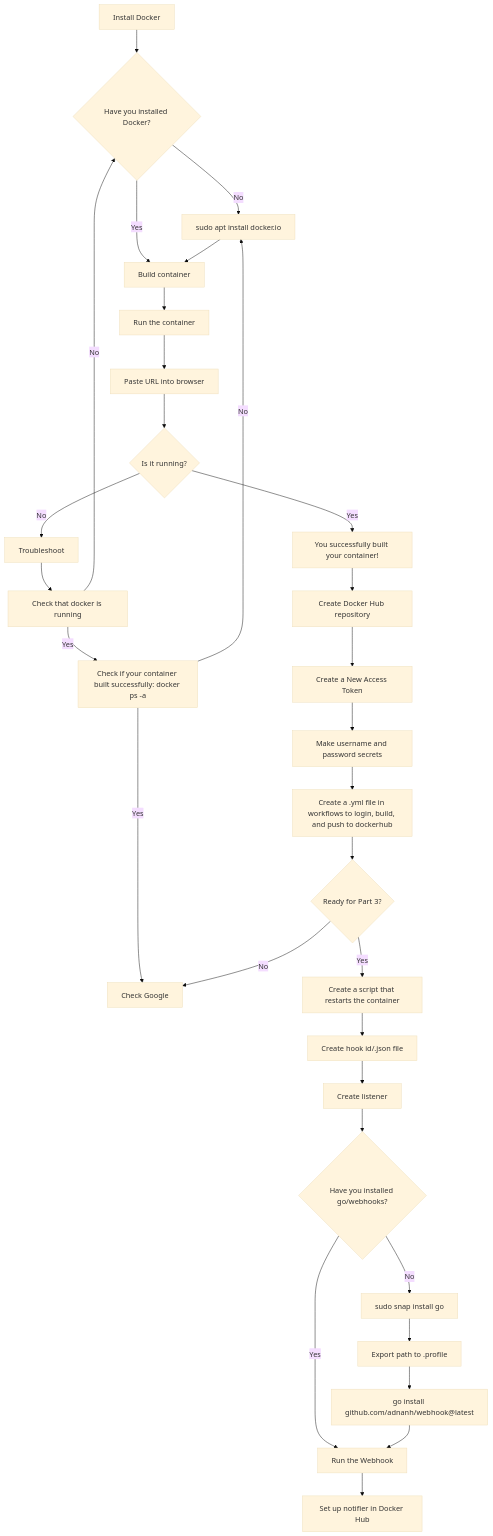
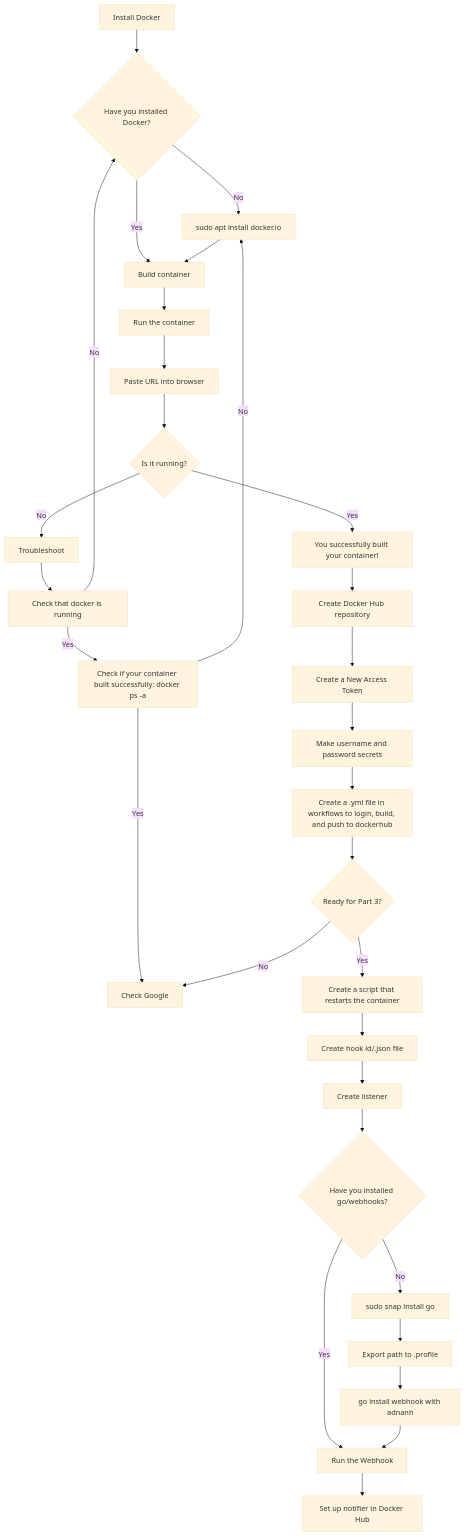
The diagram in Projects/Project5/README.md (bargaisabelle/ceg3120-bargaisabelle), drawn with Mermaid (base theme) before and after one commit.

Commit message:
mermaid hates @ symbols

````diff
--- a/Projects/Project5/README.md
+++ b/Projects/Project5/README.md
@@ -129,33 +129,33 @@
 ```mermaid
   graph TD;
       A[Install Docker] --> B{Have you installed Docker?};
       B -- No --> C[sudo apt install docker.io];
       B -- Yes --> D[Build container];
       C --> D[Build container];
       D --> E[Run the container];
       E --> F[Paste URL into browser];
       F --> G{Is it running?};
       G -- No -->H[Troubleshoot];
       G -- Yes -->L[You successfully built your container!]
       H --> I[Check that docker is running];
       I -- Yes --> J[Check if your container built successfully: docker ps -a]
       I -- No --> B;
       J -- Yes --> K[Check Google];
       J -- No --> C;
       L --> M[Create Docker Hub repository];
       M --> N[Create a New Access Token];
       N --> O[Make username and password secrets];
       O --> P[Create a .yml file in workflows to login, build, and push to dockerhub];
       P --> Q{Ready for Part 3?};
       Q -- No --> K;
       Q -- Yes --> R[Create a script that restarts the container];
       R --> S[Create hook id/.json file];
       S --> T[Create listener];
       T --> U{Have you installed go/webhooks?};
       U -- No --> V[sudo snap install go];
       V --> W[Export path to .profile];
-      W --> X[go install github.com/adnanh/webhook@latest];
+      W --> X[go install webhook with adnanh];
       U -- Yes --> Y[Run the Webhook];
       X --> Y;
       Y --> Z[Set up notifier in Docker Hub];
 ```
````
